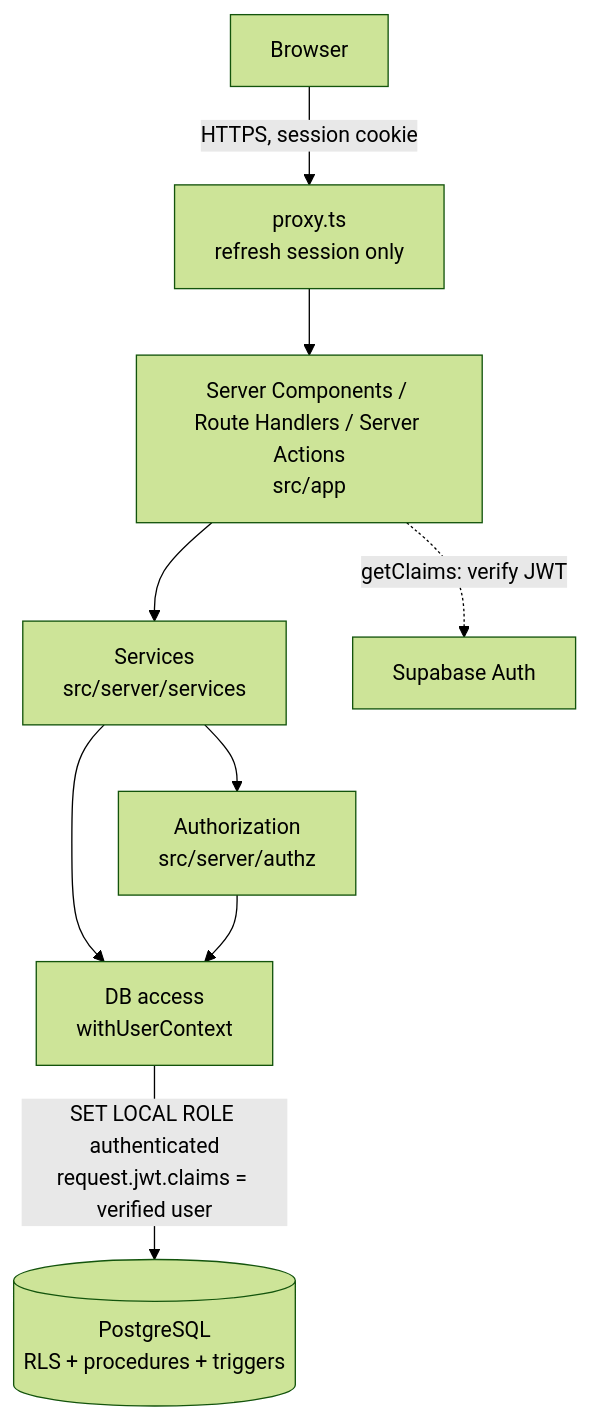
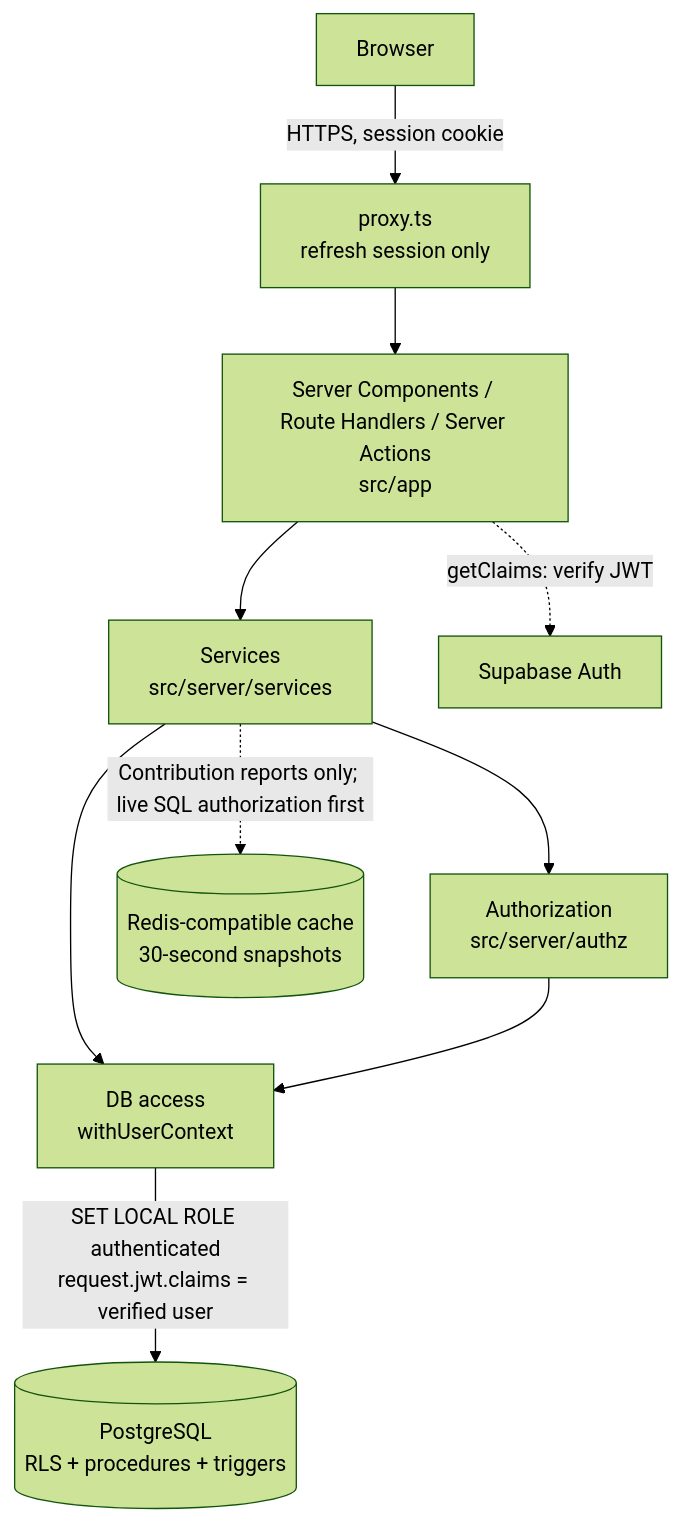
The diagram in docs/ARCHITECTURE.md (vivekvarma006/ClubSphere), drawn with Mermaid (forest theme) before and after one commit. The commit also changed other lines of this file and 49 other files, not shown here.

````diff
--- a/docs/ARCHITECTURE.md
+++ b/docs/ARCHITECTURE.md
@@ -15,11 +15,12 @@
 ```mermaid
 flowchart TB
     B[Browser] -->|HTTPS, session cookie| P[proxy.ts<br/>refresh session only]
     P --> R[Server Components / Route Handlers / Server Actions<br/>src/app]
     R --> S[Services<br/>src/server/services]
     S --> A[Authorization<br/>src/server/authz]
     S --> D[DB access<br/>withUserContext]
     A --> D
     D -->|SET LOCAL ROLE authenticated<br/>request.jwt.claims = verified user| PG[(PostgreSQL<br/>RLS + procedures + triggers)]
     R -.->|getClaims: verify JWT| AUTH[Supabase Auth]
+    S -.->|Contribution reports only; live SQL authorization first| CACHE[(Redis-compatible cache<br/>30-second snapshots)]
 ```
````
